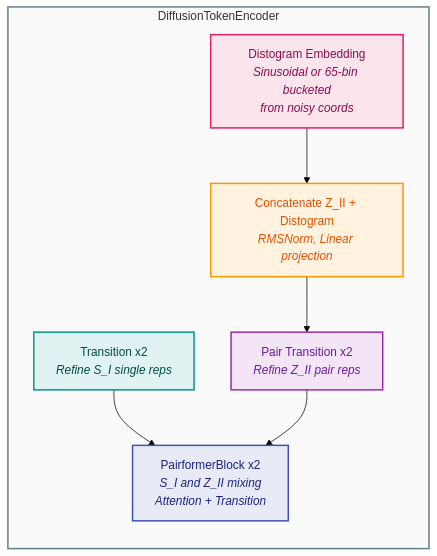
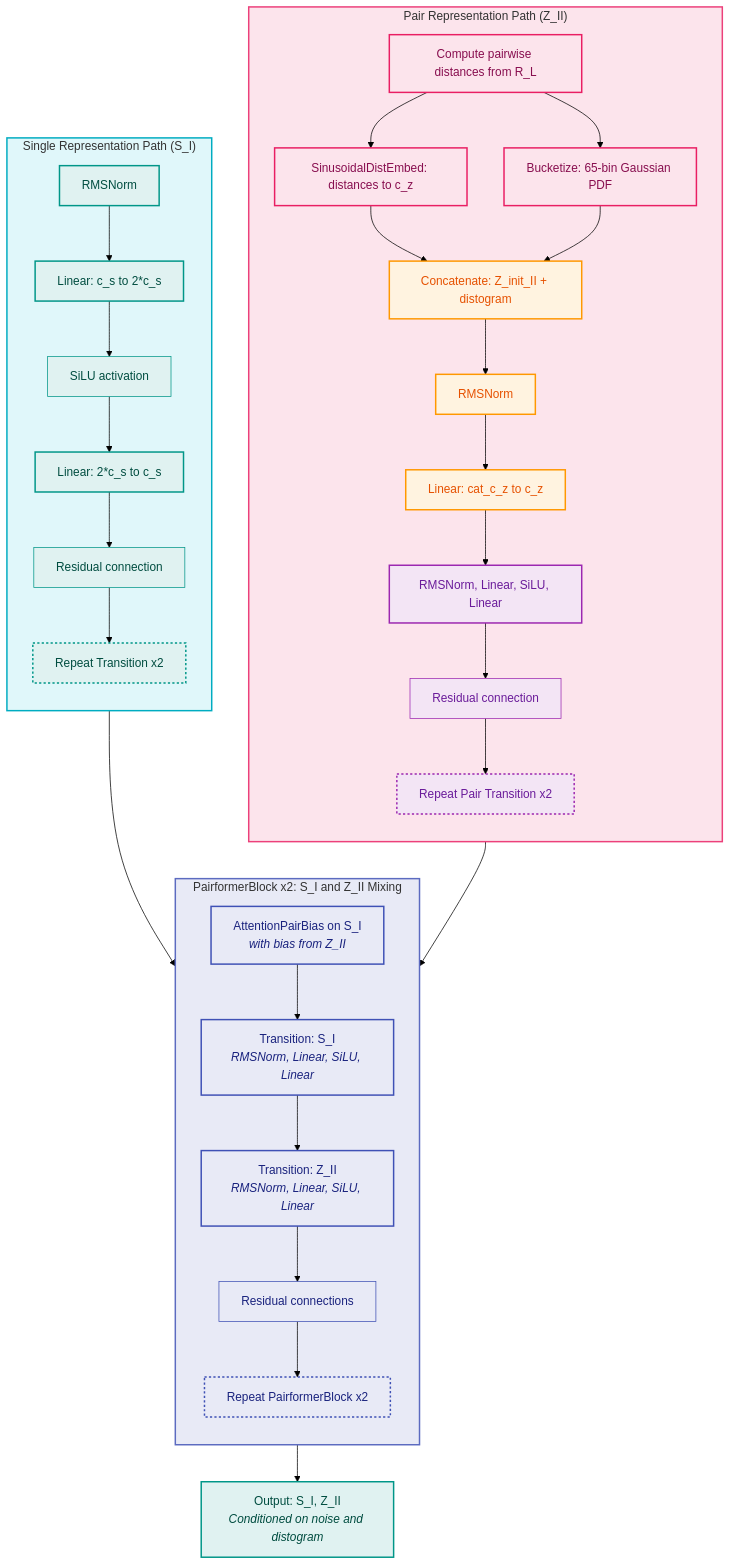
One commit to RTae/foundry changed the fifth of 5 diagrams in models/rfd3/RFD3_architecture_mermaid.md. Above: the diagram before and after it, drawn with Mermaid (forest theme). The commit also changed other lines of this file, not shown here.

Commit message:
refactor: enhance RFD3 architecture documentation with detailed breakdown of model components and flow

````diff
--- a/models/rfd3/RFD3_architecture_mermaid.md
+++ b/models/rfd3/RFD3_architecture_mermaid.md
@@ -158,20 +346,68 @@
 ```mermaid
 flowchart TD
-    subgraph DiffusionTokenEncoder["DiffusionTokenEncoder"]
+    subgraph SinglePath["Single Representation Path (S_I)"]
         direction TB
-        D1[Transition x2<br><i>Refine S_I single reps</i>]
-        D2[Distogram Embedding<br><i>Sinusoidal or 65-bin bucketed<br>from noisy coords</i>]
-        D3[Concatenate Z_II + Distogram<br><i>RMSNorm, Linear projection</i>]
-        D4[Pair Transition x2<br><i>Refine Z_II pair reps</i>]
-        D5[PairformerBlock x2<br><i>S_I and Z_II mixing<br>Attention + Transition</i>]
-        D1 --> D5
-        D2 --> D3 --> D4 --> D5
+        S1[RMSNorm]
+        S2[Linear: c_s to 2*c_s]
+        S3[SiLU activation]
+        S4[Linear: 2*c_s to c_s]
+        S5[Residual connection]
+        S6["Repeat Transition x2"]
+        S1 --> S2 --> S3 --> S4 --> S5 --> S6
     end
 
-    style D1 fill:#e0f2f1,stroke:#009688,stroke-width:2px,color:#004D40
-    style D2 fill:#fce4ec,stroke:#E91E63,stroke-width:2px,color:#880E4F
+    subgraph PairPath["Pair Representation Path (Z_II)"]
+        direction TB
+        D1[Compute pairwise distances from R_L]
+        D2a[SinusoidalDistEmbed: distances to c_z]
+        D2b[Bucketize: 65-bin Gaussian PDF]
+        D3[Concatenate: Z_init_II + distogram]
+        D4[RMSNorm]
+        D5[Linear: cat_c_z to c_z]
+        D6[RMSNorm, Linear, SiLU, Linear]
+        D7[Residual connection]
+        D8["Repeat Pair Transition x2"]
+        D1 --> D2a --> D3
+        D1 --> D2b --> D3
+        D3 --> D4 --> D5 --> D6 --> D7 --> D8
+    end
+
+    subgraph PairformerMix["PairformerBlock x2: S_I and Z_II Mixing"]
+        direction TB
+        PFa[AttentionPairBias on S_I<br><i>with bias from Z_II</i>]
+        PFb[Transition: S_I<br><i>RMSNorm, Linear, SiLU, Linear</i>]
+        PFc[Transition: Z_II<br><i>RMSNorm, Linear, SiLU, Linear</i>]
+        PFd[Residual connections]
+        PFe["Repeat PairformerBlock x2"]
+        PFa --> PFb --> PFc --> PFd --> PFe
+    end
+
+    SinglePath --> PairformerMix
+    PairPath --> PairformerMix
+    PairformerMix --> ENCOUT[Output: S_I, Z_II<br><i>Conditioned on noise and distogram</i>]
+
+    style S1 fill:#e0f2f1,stroke:#009688,stroke-width:2px,color:#004D40
+    style S2 fill:#e0f2f1,stroke:#009688,stroke-width:2px,color:#004D40
+    style S3 fill:#e0f2f1,stroke:#009688,stroke-width:1px,color:#004D40
+    style S4 fill:#e0f2f1,stroke:#009688,stroke-width:2px,color:#004D40
+    style S5 fill:#e0f2f1,stroke:#009688,stroke-width:1px,color:#004D40
+    style S6 fill:#e0f2f1,stroke:#009688,stroke-width:2px,stroke-dasharray:3 3,color:#004D40
+    style D1 fill:#fce4ec,stroke:#E91E63,stroke-width:2px,color:#880E4F
+    style D2a fill:#fce4ec,stroke:#E91E63,stroke-width:2px,color:#880E4F
+    style D2b fill:#fce4ec,stroke:#E91E63,stroke-width:2px,color:#880E4F
     style D3 fill:#fff3e0,stroke:#FF9800,stroke-width:2px,color:#E65100
-    style D4 fill:#f3e5f5,stroke:#9C27B0,stroke-width:2px,color:#6A1B9A
-    style D5 fill:#e8eaf6,stroke:#3F51B5,stroke-width:2px,color:#1A237E
-    style DiffusionTokenEncoder fill:#fafafa,stroke:#607D8B,stroke-width:2px
+    style D4 fill:#fff3e0,stroke:#FF9800,stroke-width:2px,color:#E65100
+    style D5 fill:#fff3e0,stroke:#FF9800,stroke-width:2px,color:#E65100
+    style D6 fill:#f3e5f5,stroke:#9C27B0,stroke-width:2px,color:#6A1B9A
+    style D7 fill:#f3e5f5,stroke:#9C27B0,stroke-width:1px,color:#6A1B9A
+    style D8 fill:#f3e5f5,stroke:#9C27B0,stroke-width:2px,stroke-dasharray:3 3,color:#6A1B9A
+    style PFa fill:#e8eaf6,stroke:#3F51B5,stroke-width:2px,color:#1A237E
+    style PFb fill:#e8eaf6,stroke:#3F51B5,stroke-width:2px,color:#1A237E
+    style PFc fill:#e8eaf6,stroke:#3F51B5,stroke-width:2px,color:#1A237E
+    style PFd fill:#e8eaf6,stroke:#3F51B5,stroke-width:1px,color:#1A237E
+    style PFe fill:#e8eaf6,stroke:#3F51B5,stroke-width:2px,stroke-dasharray:3 3,color:#1A237E
+    style ENCOUT fill:#e0f2f1,stroke:#009688,stroke-width:2px,color:#004D40
+    style SinglePath fill:#e0f7fa,stroke:#00ACC1,stroke-width:2px
+    style PairPath fill:#fce4ec,stroke:#EC407A,stroke-width:2px
+    style PairformerMix fill:#e8eaf6,stroke:#5C6BC0,stroke-width:2px
 ```
````
